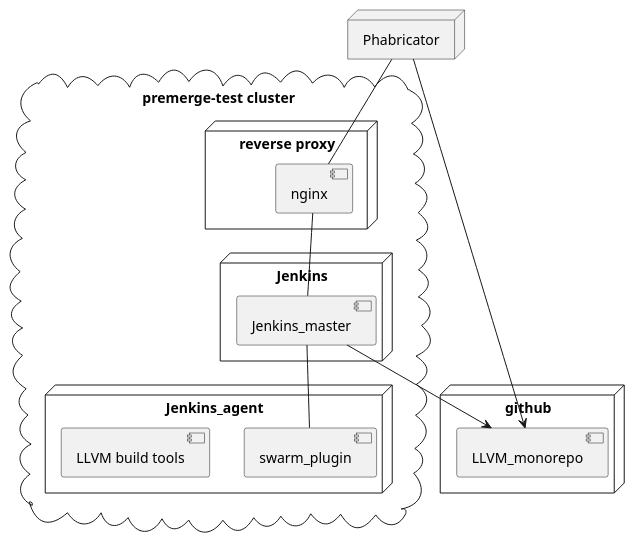
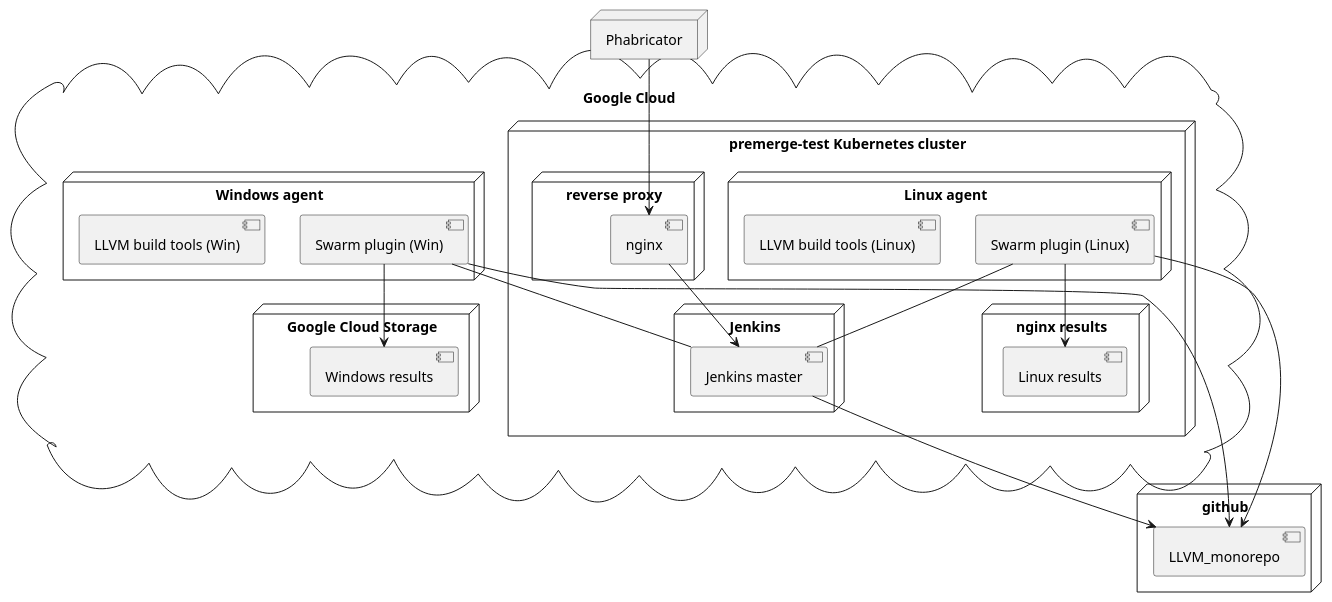
Before and after one commit to google/llvm-premerge-checks: the diagram in docs/deployment.plantuml, drawn with PlantUML.

Commit message:
updated diagram

```diff
--- a/docs/deployment.plantuml
+++ b/docs/deployment.plantuml
@@ -1,31 +1,53 @@
 @startuml
+
 node Phabricator
 
 node github {
 component LLVM_monorepo
 }
 
-cloud "premerge-test cluster" {
+cloud "Google Cloud" {
+
+node "premerge-test Kubernetes cluster" {
 
 
 node "reverse proxy" {
 component nginx
 }
 
+node "nginx results" {
+component "Linux results"
+}
+
 node "Jenkins" {
-component "Jenkins_master"
+component "Jenkins master"
 }
-node "Jenkins_agent" {
-component "swarm_plugin"
-component "LLVM build tools"
+
+node "Linux agent" {
+component "Swarm plugin (Linux)"
+component "LLVM build tools (Linux)"
+[Swarm plugin (Linux)] -- [Jenkins master]
+[Swarm plugin (Linux)] --> [Linux results]
+}
+}
+
+
+node "Google Cloud Storage" {
+component "Windows results"
+}
+
+node "Windows agent" {
+component "Swarm plugin (Win)"
+component "LLVM build tools (Win)"
+[Swarm plugin (Win)] -- [Jenkins master]
+[Swarm plugin (Win)] --> [Windows results]
 }
 
 }
+Phabricator --> nginx
+nginx --> [Jenkins master]
+[Jenkins master] --> LLVM_monorepo
+[Swarm plugin (Linux)] --> LLVM_monorepo
+[Swarm plugin (Win)] --> LLVM_monorepo
 
-
-Jenkins_master -- swarm_plugin
-nginx -- Jenkins_master
-Phabricator -- nginx
-Phabricator --> LLVM_monorepo
-Jenkins_master --> LLVM_monorepo
 @enduml
```
